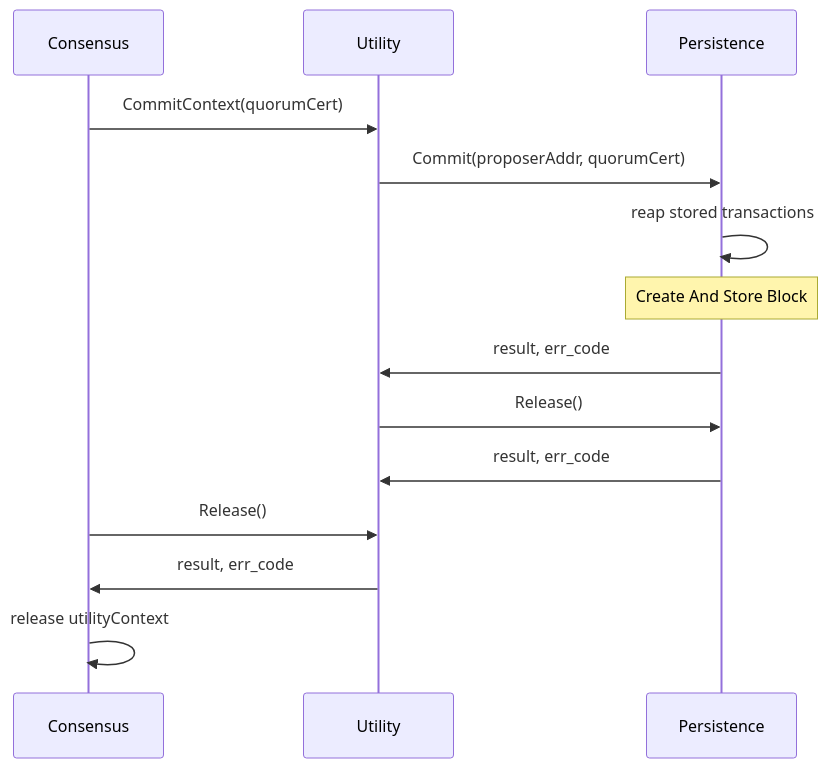
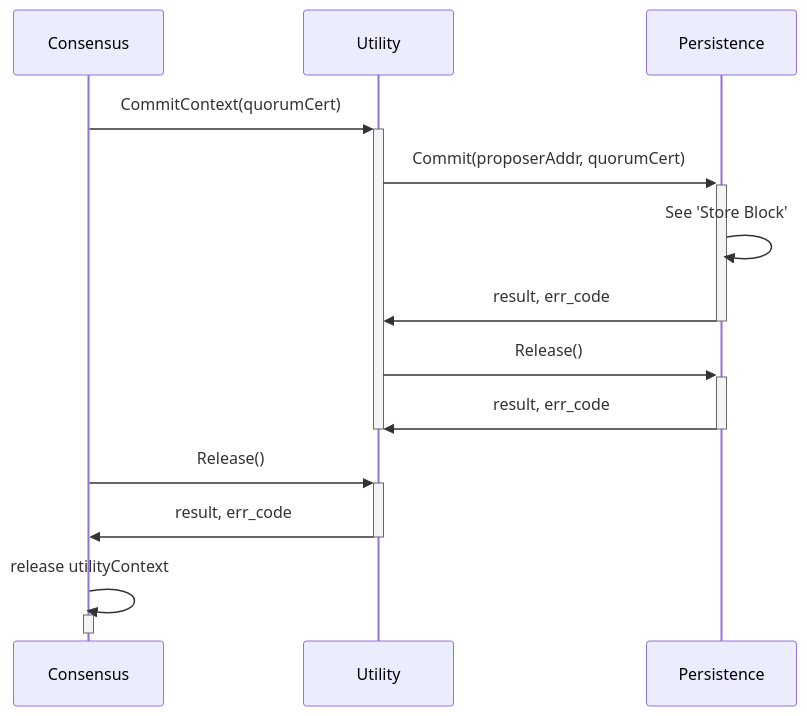
Before and after one commit to pokt-network/pocket: the third of 3 diagrams in shared/docs/flows/AppHash.md, drawn with Mermaid. The commit also changed other lines of this file and 1 other file, not shown here.

````diff
--- a/shared/docs/flows/AppHash.md
+++ b/shared/docs/flows/AppHash.md
@@ -90,18 +99,22 @@
 ```mermaid
 sequenceDiagram
-    %% autonumber
     participant C as Consensus
     participant U as Utility
     participant P as Persistence
 
-    C->>U: CommitContext(quorumCert)
-    U->>P: Commit(proposerAddr, quorumCert)
-    P->>P: reap stored transactions
-    Note over P: Create And Store Block
-    P->>U: result, err_code
-    U->>P: Release()
-    P->>U: result, err_code
-    C->>U: Release()
-    U->>C: result, err_code
+    %% Commit Context
+    C->>+U: CommitContext(quorumCert)
+    U->>+P: Commit(proposerAddr, quorumCert)
+    P->>P: See 'Store Block'
+    P->>-U: result, err_code
+    U->>+P: Release()
+    P->>-U: result, err_code
+    deactivate U
+
+    %% Release Context
+    C->>+U: Release()
+    U->>-C: result, err_code
     C->>C: release utilityContext
+    activate C
+    deactivate C
 ```
````
